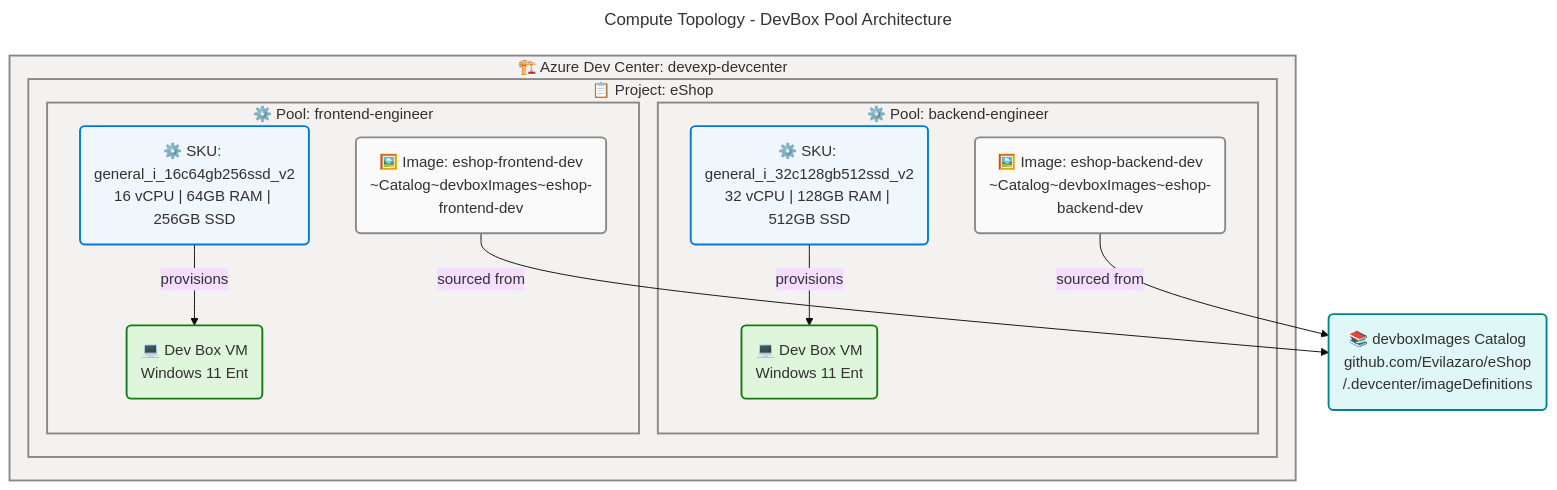
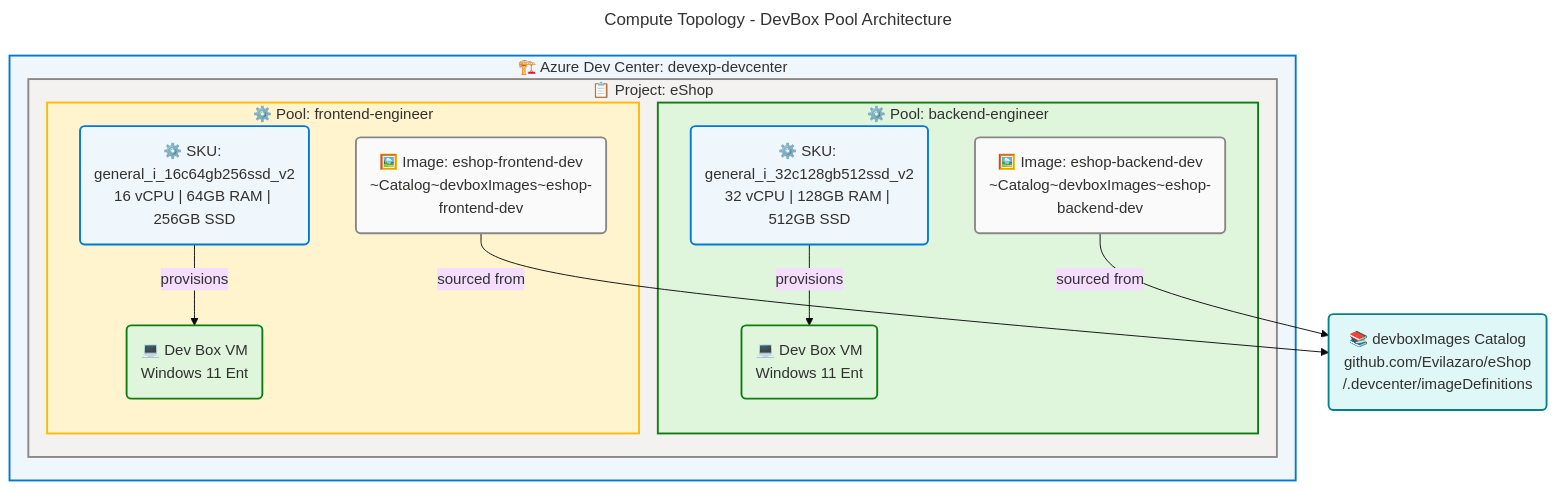
One commit to Evilazaro/DevExp-DevBox changed the fourth of 6 diagrams in docs/architecture/technology-architecture.md. Above: the diagram before and after it, drawn with Mermaid. The commit also changed other lines of this file, not shown here.

Commit message:
refactor: Update Mermaid diagram styles for improved visual clarity in technology architecture documentation

````diff
--- a/docs/architecture/technology-architecture.md
+++ b/docs/architecture/technology-architecture.md
@@ -638,65 +638,65 @@
 ```mermaid
 ---
 title: Compute Topology - DevBox Pool Architecture
 config:
   theme: base
   look: classic
   layout: dagre
   themeVariables:
     fontSize: '16px'
   flowchart:
     htmlLabels: true
 ---
 flowchart TB
     accTitle: Compute Topology - DevBox Pool Architecture
     accDescr: Shows DevCenter compute hierarchy from project to pool to individual Dev Box VM instances with VM SKU specifications
 
     %% ═══════════════════════════════════════════════════════════════════════════
     %% AZURE / FLUENT ARCHITECTURE PATTERN v1.1
     %% (Semantic + Structural + Font + Accessibility Governance)
     %% ═══════════════════════════════════════════════════════════════════════════
     %% PHASE 1 - FLUENT UI: All styling uses approved Fluent UI palette only
     %% PHASE 2 - GROUPS: Every subgraph has semantic color via style directive
     %% PHASE 3 - COMPONENTS: Every node has semantic classDef + icon prefix
     %% PHASE 4 - ACCESSIBILITY: accTitle/accDescr present, WCAG AA contrast
     %% PHASE 5 - STANDARD: Governance block present, classDefs centralized
     %% ═══════════════════════════════════════════════════════════════════════════
 
     subgraph DevCenterService["🏗️ Azure Dev Center: devexp-devcenter"]
 
         subgraph eShopProject["📋 Project: eShop"]
 
             subgraph BackendPool["⚙️ Pool: backend-engineer"]
                 BE_SKU("⚙️ SKU: general_i_32c128gb512ssd_v2<br/>32 vCPU | 128GB RAM | 512GB SSD"):::core
                 BE_IMG("🖼️ Image: eshop-backend-dev<br/>~Catalog~devboxImages~eshop-backend-dev"):::neutral
                 BE_VM1("💻 Dev Box VM<br/>Windows 11 Ent"):::success
             end
 
             subgraph FrontendPool["⚙️ Pool: frontend-engineer"]
                 FE_SKU("⚙️ SKU: general_i_16c64gb256ssd_v2<br/>16 vCPU | 64GB RAM | 256GB SSD"):::core
                 FE_IMG("🖼️ Image: eshop-frontend-dev<br/>~Catalog~devboxImages~eshop-frontend-dev"):::neutral
                 FE_VM1("💻 Dev Box VM<br/>Windows 11 Ent"):::success
             end
 
         end
 
     end
 
     ImgCatalog("📚 devboxImages Catalog<br/>github.com/Evilazaro/eShop<br/>/.devcenter/imageDefinitions"):::external
 
     BE_IMG -->|"sourced from"| ImgCatalog
     FE_IMG -->|"sourced from"| ImgCatalog
     BE_SKU -->|"provisions"| BE_VM1
     FE_SKU -->|"provisions"| FE_VM1
 
     %% Centralized classDefs
     classDef neutral fill:#FAFAFA,stroke:#8A8886,stroke-width:2px,color:#323130
     classDef core fill:#EFF6FC,stroke:#0078D4,stroke-width:2px,color:#323130
     classDef success fill:#DFF6DD,stroke:#107C10,stroke-width:2px,color:#323130
     classDef external fill:#E0F7F7,stroke:#038387,stroke-width:2px,color:#323130
 
-    style DevCenterService fill:#F3F2F1,stroke:#8A8886,stroke-width:2px,color:#323130
+    style DevCenterService fill:#EFF6FC,stroke:#0078D4,stroke-width:2px,color:#323130
     style eShopProject fill:#F3F2F1,stroke:#8A8886,stroke-width:2px,color:#323130
-    style BackendPool fill:#F3F2F1,stroke:#8A8886,stroke-width:2px,color:#323130
-    style FrontendPool fill:#F3F2F1,stroke:#8A8886,stroke-width:2px,color:#323130
+    style BackendPool fill:#DFF6DD,stroke:#107C10,stroke-width:2px,color:#323130
+    style FrontendPool fill:#FFF4CE,stroke:#FFB900,stroke-width:2px,color:#323130
 ```
````
